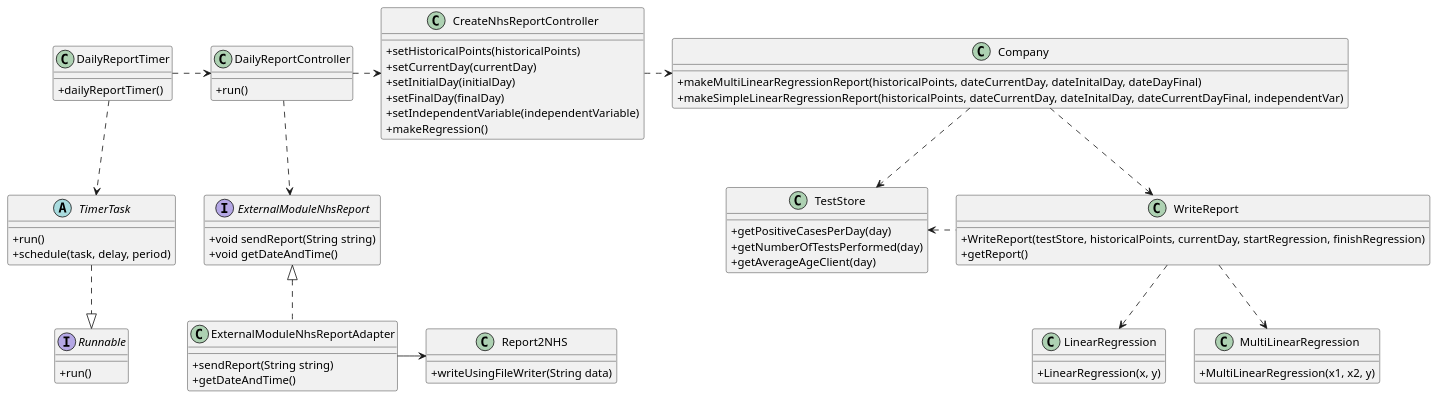
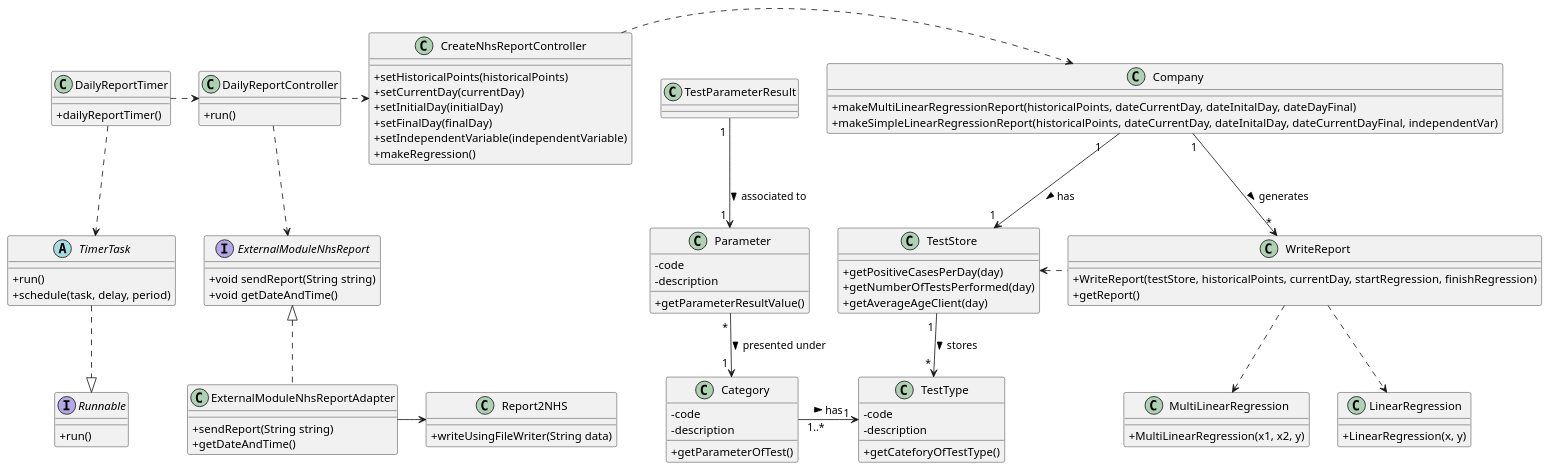
The diagram in docs/SprintD/US19/US19_CD.puml (MadDinosaur/ISEP-LAPR2), drawn with PlantUML before and after one commit. The commit also changed 1 other file, not shown here.

Commit message:
Updated Class diagram

```diff
--- a/docs/SprintD/US19/US19_CD.puml
+++ b/docs/SprintD/US19/US19_CD.puml
@@ -1,85 +1,107 @@
 @startuml
 
 skinparam classAttributeIconSize 0
 
 class DailyReportController {
 +run()
 }
 
 class CreateNhsReportController {
 +setHistoricalPoints(historicalPoints)
 +setCurrentDay(currentDay)
 +setInitialDay(initialDay)
 +setFinalDay(finalDay)
 +setIndependentVariable(independentVariable)
 +makeRegression()
 }
 
 interface Runnable {
 +run()
 }
 
 abstract TimerTask {
 +run()
 +schedule(task, delay, period)
 }
 
 class DailyReportTimer {
 +dailyReportTimer()
 }
 
 class LinearRegression {
 +LinearRegression(x, y)
 }
 
 class MultiLinearRegression {
 +MultiLinearRegression(x1, x2, y)
 }
 
 class Company {
 +makeMultiLinearRegressionReport(historicalPoints, dateCurrentDay, dateInitalDay, dateDayFinal)
 +makeSimpleLinearRegressionReport(historicalPoints, dateCurrentDay, dateInitalDay, dateCurrentDayFinal, independentVar)
 }
 
 class TestStore{
 +getPositiveCasesPerDay(day)
 +getNumberOfTestsPerformed(day)
 +getAverageAgeClient(day)
 }
 
+class Category {
+-code
+-description
++getParameterOfTest()
+}
+
+class TestType {
+-code
+-description
++getCateforyOfTestType()
+}
+
+class Parameter {
+-code
+-description
++getParameterResultValue()
+}
+
 class WriteReport {
 +WriteReport(testStore, historicalPoints, currentDay, startRegression, finishRegression)
 +getReport()
 }
 
 interface ExternalModuleNhsReport {
 +void sendReport(String string)
 +void getDateAndTime()
 }
 
 class ExternalModuleNhsReportAdapter {
 +sendReport(String string)
 +getDateAndTime()
 }
 
 class Report2NHS {
 +writeUsingFileWriter(String data)
 }
 
 
 
 DailyReportController ..> ExternalModuleNhsReport
 TimerTask ..|> Runnable
 DailyReportTimer ..> TimerTask
 DailyReportTimer .> DailyReportController
 DailyReportController .> CreateNhsReportController
 CreateNhsReportController .> Company
-Company ..> TestStore
-Company ..> WriteReport
+Company "1    "-->"1  " TestStore : > has
+Company "1"-->"*" WriteReport : > generates
 TestStore <. WriteReport
 ExternalModuleNhsReport <|.. ExternalModuleNhsReportAdapter
 ExternalModuleNhsReportAdapter -> Report2NHS
 WriteReport ..> LinearRegression
 WriteReport ..> MultiLinearRegression
+TestStore "1 "-->" * " TestType : > stores
+Category " 1..* "->"  1 " TestType : > has
+Parameter " * "-->" 1 " Category : presented under >
+TestParameterResult " 1 "-->" 1 " Parameter : associated to >
 
 @enduml
```
